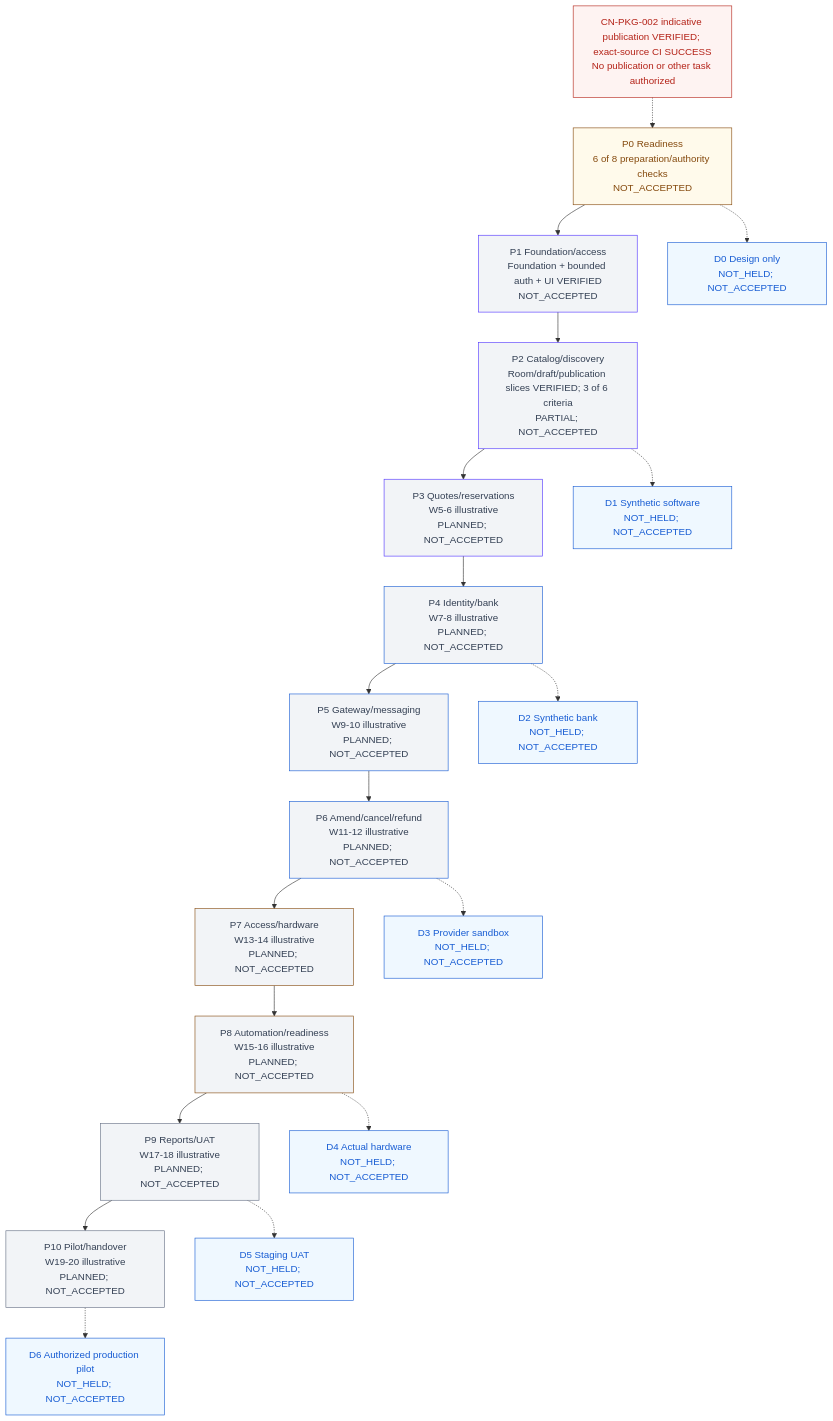
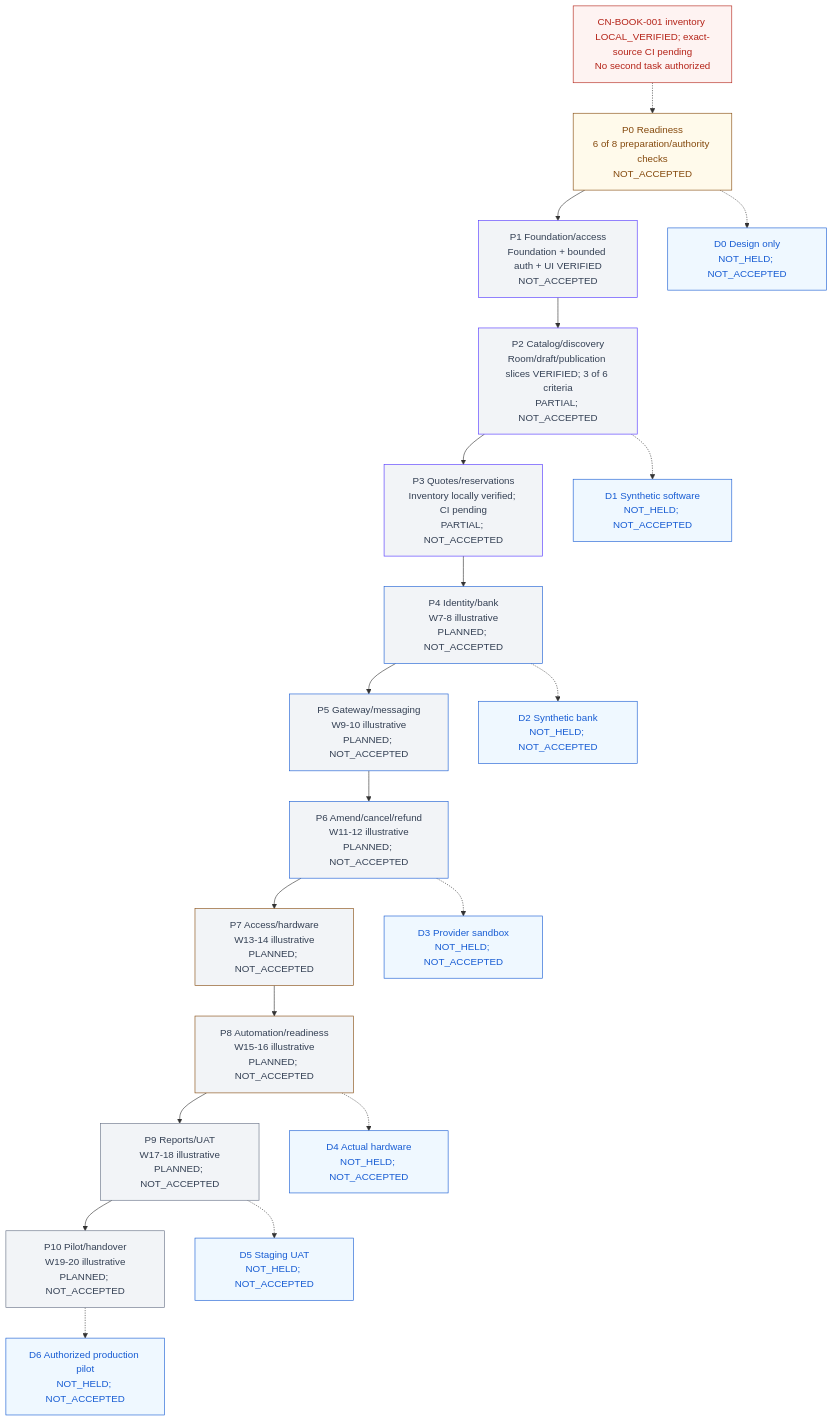
Before and after one commit to Hasitha3513/Theater-Project: the diagram in knowledge/PROGRESS.md, drawn with Mermaid. The commit also changed other lines of this file and 45 other files, not shown here.

````diff
--- a/knowledge/PROGRESS.md
+++ b/knowledge/PROGRESS.md
@@ -307,45 +307,45 @@
 ```mermaid
 flowchart TB
-  G["CN-PKG-002 indicative publication VERIFIED; exact-source CI SUCCESS<br/>No publication or other task authorized"]
+  G["CN-BOOK-001 inventory LOCAL_VERIFIED; exact-source CI pending<br/>No second task authorized"]
   P0["P0 Readiness<br/>6 of 8 preparation/authority checks<br/>NOT_ACCEPTED"]
   P1["P1 Foundation/access<br/>Foundation + bounded auth + UI VERIFIED<br/>NOT_ACCEPTED"]
   P2["P2 Catalog/discovery<br/>Room/draft/publication slices VERIFIED; 3 of 6 criteria<br/>PARTIAL; NOT_ACCEPTED"]
-  P3["P3 Quotes/reservations<br/>W5-6 illustrative<br/>PLANNED; NOT_ACCEPTED"]
+  P3["P3 Quotes/reservations<br/>Inventory locally verified; CI pending<br/>PARTIAL; NOT_ACCEPTED"]
   P4["P4 Identity/bank<br/>W7-8 illustrative<br/>PLANNED; NOT_ACCEPTED"]
   P5["P5 Gateway/messaging<br/>W9-10 illustrative<br/>PLANNED; NOT_ACCEPTED"]
   P6["P6 Amend/cancel/refund<br/>W11-12 illustrative<br/>PLANNED; NOT_ACCEPTED"]
   P7["P7 Access/hardware<br/>W13-14 illustrative<br/>PLANNED; NOT_ACCEPTED"]
   P8["P8 Automation/readiness<br/>W15-16 illustrative<br/>PLANNED; NOT_ACCEPTED"]
   P9["P9 Reports/UAT<br/>W17-18 illustrative<br/>PLANNED; NOT_ACCEPTED"]
   P10["P10 Pilot/handover<br/>W19-20 illustrative<br/>PLANNED; NOT_ACCEPTED"]
   G -.-> P0
   P0 --> P1 --> P2 --> P3 --> P4 --> P5 --> P6 --> P7 --> P8 --> P9 --> P10
   D0["D0 Design only<br/>NOT_HELD; NOT_ACCEPTED"]
   D1["D1 Synthetic software<br/>NOT_HELD; NOT_ACCEPTED"]
   D2["D2 Synthetic bank<br/>NOT_HELD; NOT_ACCEPTED"]
   D3["D3 Provider sandbox<br/>NOT_HELD; NOT_ACCEPTED"]
   D4["D4 Actual hardware<br/>NOT_HELD; NOT_ACCEPTED"]
   D5["D5 Staging UAT<br/>NOT_HELD; NOT_ACCEPTED"]
   D6["D6 Authorized production pilot<br/>NOT_HELD; NOT_ACCEPTED"]
   P0 -.-> D0
   P2 -.-> D1
   P4 -.-> D2
   P6 -.-> D3
   P8 -.-> D4
   P9 -.-> D5
   P10 -.-> D6
   classDef readiness fill:#FFFAEB,color:#854A0E,stroke:#854A0E;
   classDef foundation fill:#F2F4F7,color:#344054,stroke:#5135FF;
   classDef financial fill:#F2F4F7,color:#344054,stroke:#175CD3;
   classDef physical fill:#F2F4F7,color:#344054,stroke:#854A0E;
   classDef release fill:#F2F4F7,color:#344054,stroke:#667085;
   classDef blocked fill:#FEF3F2,color:#B42318,stroke:#B42318;
   classDef demo fill:#EFF8FF,color:#175CD3,stroke:#175CD3;
   class P0 readiness;
   class P1,P2,P3 foundation;
   class P4,P5,P6 financial;
   class P7,P8 physical;
   class P9,P10 release;
   class G blocked;
   class D0,D1,D2,D3,D4,D5,D6 demo;
 ```
````
